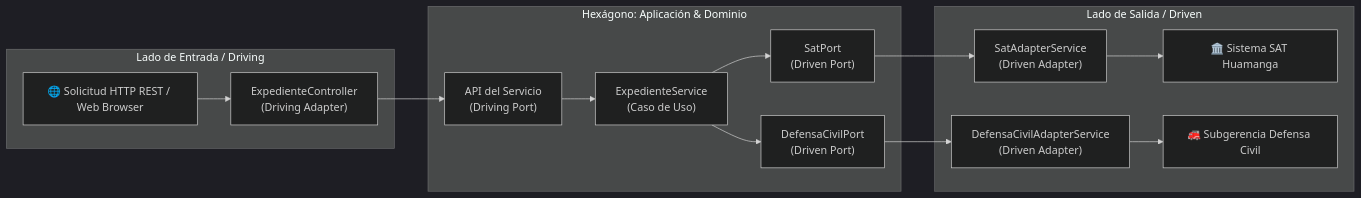
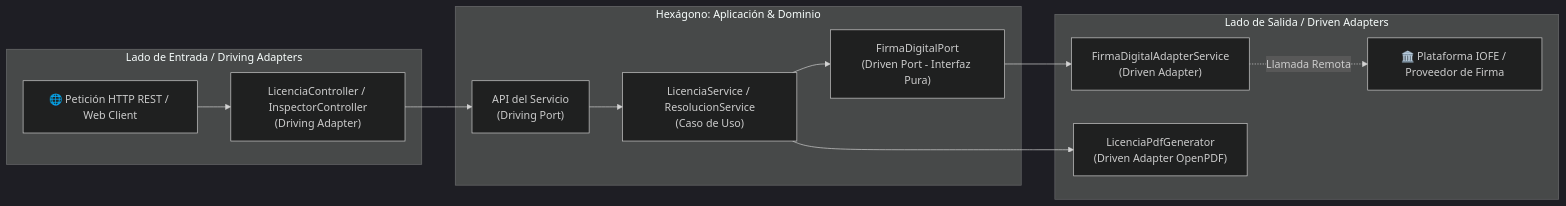
Before and after one commit to Issirc20/MuniHuamanga: the second of 2 diagrams in docs/arquitectura/enfoque-arquitectonico.md, drawn with Mermaid (dark theme). The commit also changed other lines of this file and 4 other files, not shown here.

Commit message:
docs(architecture): consolidar estilo enfoque C4 y diseno V2

````diff
--- a/docs/arquitectura/enfoque-arquitectonico.md
+++ b/docs/arquitectura/enfoque-arquitectonico.md
@@ -112,31 +99,27 @@
 ```mermaid
 graph LR
-    subgraph Driving Side [Lado de Entrada / Driving]
-        HTTP["🌐 Solicitud HTTP REST / Web Browser"]
-        CTRL["ExpedienteController<br/>(Driving Adapter)"]
+    subgraph Driving Side [Lado de Entrada / Driving Adapters]
+        HTTP["🌐 Petición HTTP REST / Web Client"]
+        CTRL["LicenciaController / InspectorController<br/>(Driving Adapter)"]
         HTTP --> CTRL
     end
 
     subgraph Core Application [Hexágono: Aplicación & Dominio]
-        SERVICE["ExpedienteService<br/>(Caso de Uso)"]
+        SVC["LicenciaService / ResolucionService<br/>(Caso de Uso)"]
         PORT_IN["API del Servicio<br/>(Driving Port)"]
-        PORT_OUT1["SatPort<br/>(Driven Port)"]
-        PORT_OUT2["DefensaCivilPort<br/>(Driven Port)"]
+        PORT_OUT["FirmaDigitalPort<br/>(Driven Port - Interfaz Pura)"]
     end
 
-    subgraph Driven Side [Lado de Salida / Driven]
-        AD_SAT["SatAdapterService<br/>(Driven Adapter)"]
-        AD_DC["DefensaCivilAdapterService<br/>(Driven Adapter)"]
-        SAT_SYS["🏛️ Sistema SAT Huamanga"]
-        DC_SYS["🚒 Subgerencia Defensa Civil"]
+    subgraph Driven Side [Lado de Salida / Driven Adapters]
+        AD_FIRMA["FirmaDigitalAdapterService<br/>(Driven Adapter)"]
+        AD_PDF["LicenciaPdfGenerator<br/>(Driven Adapter OpenPDF)"]
+        IOFE["🏛️ Plataforma IOFE / Proveedor de Firma"]
     end
 
     CTRL --> PORT_IN
-    PORT_IN --> SERVICE
-    SERVICE --> PORT_OUT1
-    SERVICE --> PORT_OUT2
-    PORT_OUT1 --> AD_SAT
-    PORT_OUT2 --> AD_DC
-    AD_SAT --> SAT_SYS
-    AD_DC --> DC_SYS
+    PORT_IN --> SVC
+    SVC --> PORT_OUT
+    SVC --> AD_PDF
+    PORT_OUT --> AD_FIRMA
+    AD_FIRMA -.->|Llamada Remota| IOFE
 ```
````
